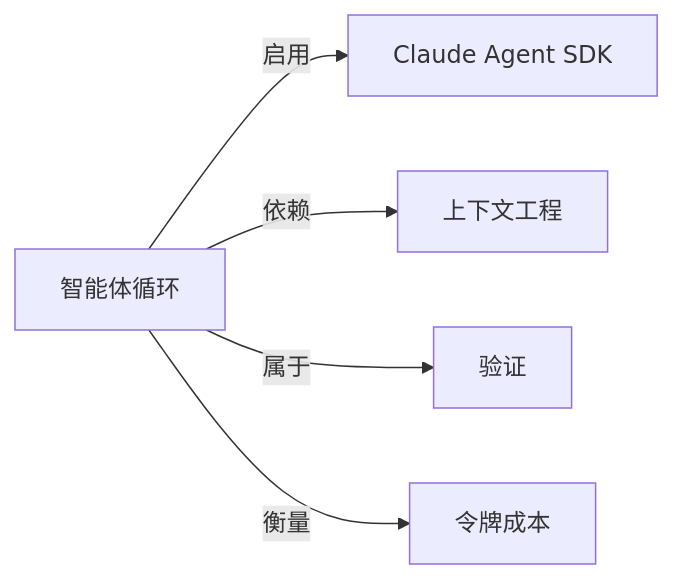
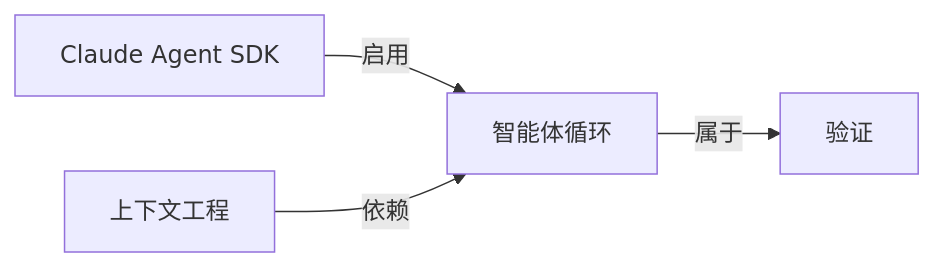
One commit to yibie/claude-best-practices-zh changed the diagram in wiki/智能体循环.md. Above: the diagram before and after it, drawn with Mermaid. The commit also changed other lines of this file and 407 other files, not shown here.

Commit message:
feat: DeepSeek 三遍审校（译文/关系/图谱）+ 可部署静态站点

````diff
--- a/wiki/智能体循环.md
+++ b/wiki/智能体循环.md
@@ -47,8 +47,7 @@
 ```mermaid
 graph LR
   C["智能体循环"]
-  C -->|启用| N0["Claude Agent SDK"]
-  C -->|依赖| N1["上下文工程"]
+  N0["Claude Agent SDK"] -->|启用| C
+  N1["上下文工程"] -->|依赖| C
   C -->|属于| N2["验证"]
-  C -->|衡量| N3["令牌成本"]
 ```
````
